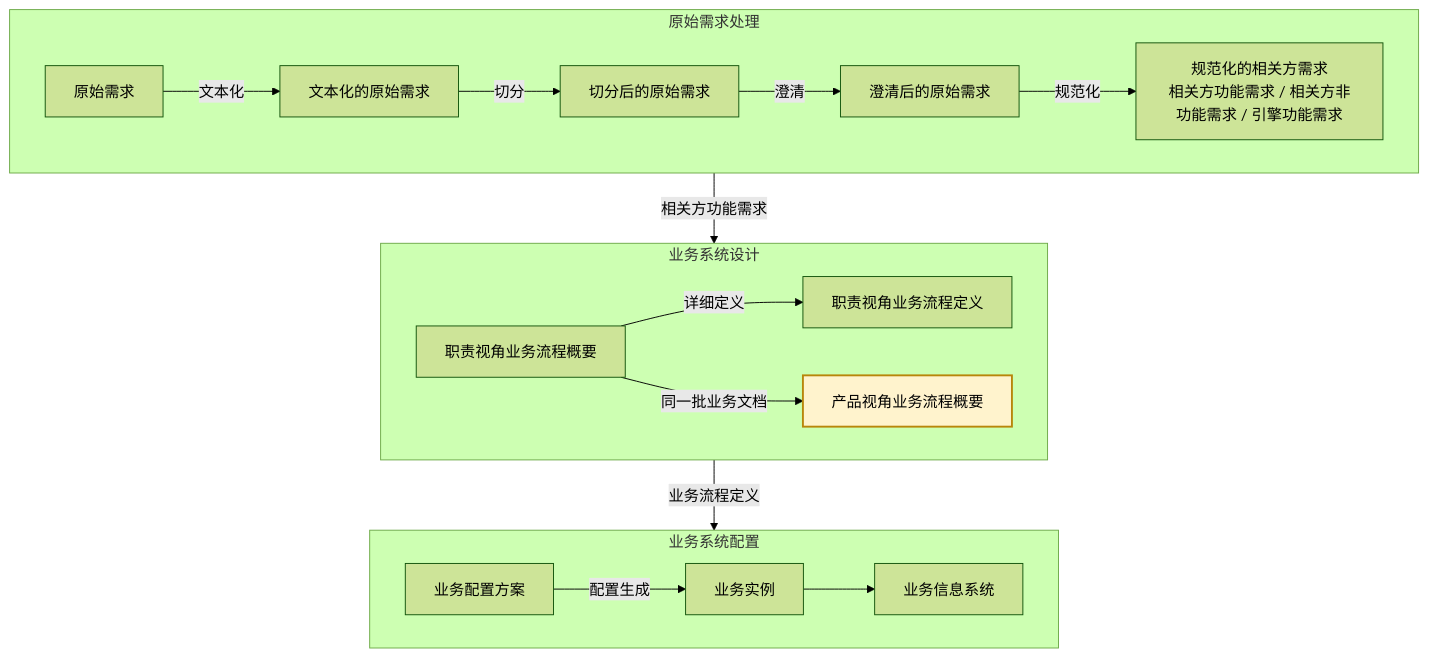
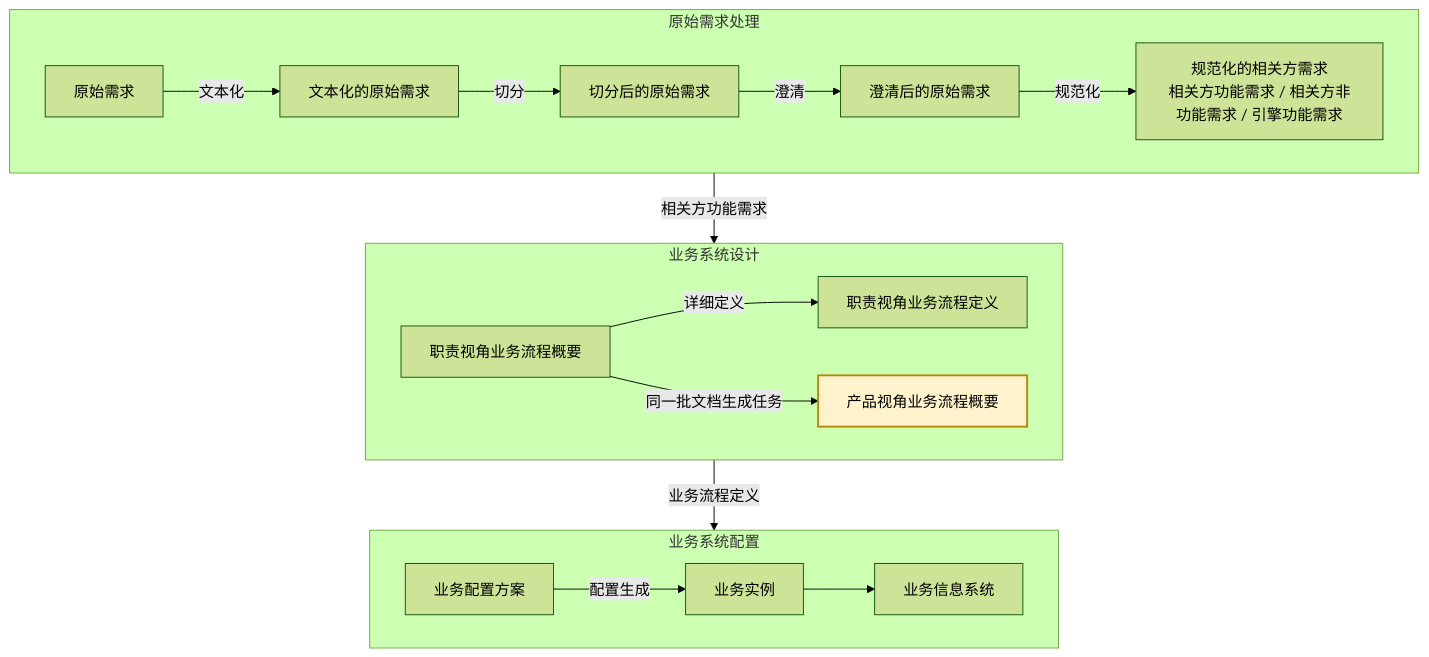
Before and after one commit to Yongjunzhou/AOS-system-design: the diagram in 20-pl4eos/10-pl4eos-subpl-sysdev/10-wfsysdev-4-eos/eos-biz01abp-rbpl2pbpl.md, drawn with Mermaid (forest theme). The commit also changed other lines of this file, not shown here.

````diff
--- a/20-pl4eos/10-pl4eos-subpl-sysdev/10-wfsysdev-4-eos/eos-biz01abp-rbpl2pbpl.md
+++ b/20-pl4eos/10-pl4eos-subpl-sysdev/10-wfsysdev-4-eos/eos-biz01abp-rbpl2pbpl.md
@@ -30,25 +30,25 @@
 ```mermaid
 flowchart TD
     subgraph S1["原始需求处理"]
         direction LR
         r0["原始需求"] -->|文本化| r1["文本化的原始需求"]
         r1 -->|切分| r2["切分后的原始需求"]
         r2 -->|澄清| r3["澄清后的原始需求"]
         r3 -->|规范化| r4["规范化的相关方需求<br/>相关方功能需求 / 相关方非功能需求 / 引擎功能需求"]
     end
     subgraph S2["业务系统设计"]
         direction LR
         b1["职责视角业务流程概要"] -->|详细定义| b3["职责视角业务流程定义"]
         b2["产品视角业务流程概要"]
     end
     subgraph S3["业务系统配置"]
         direction LR
         c1["业务配置方案"] -->|配置生成| c2["业务实例"]
         c2 --> c3["业务信息系统"]
     end
     r4 -->|相关方功能需求| b1
-    b1 -->|同一批业务文档| b2
+    b1 -->|同一批文档生成任务| b2
     b3 -->|业务流程定义| c1
     classDef here fill:#fff3cd,stroke:#b8860b,stroke-width:2px
     class b2 here
 ```
````
